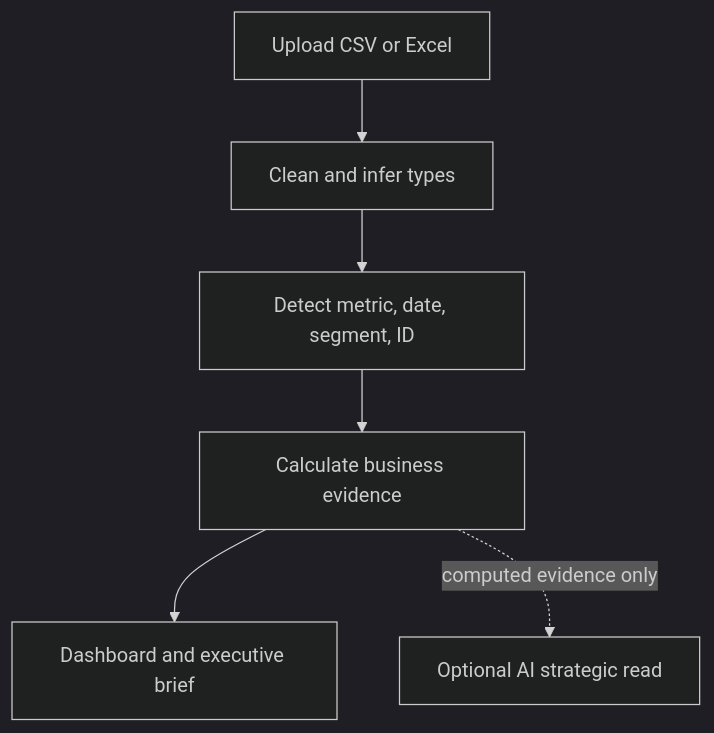
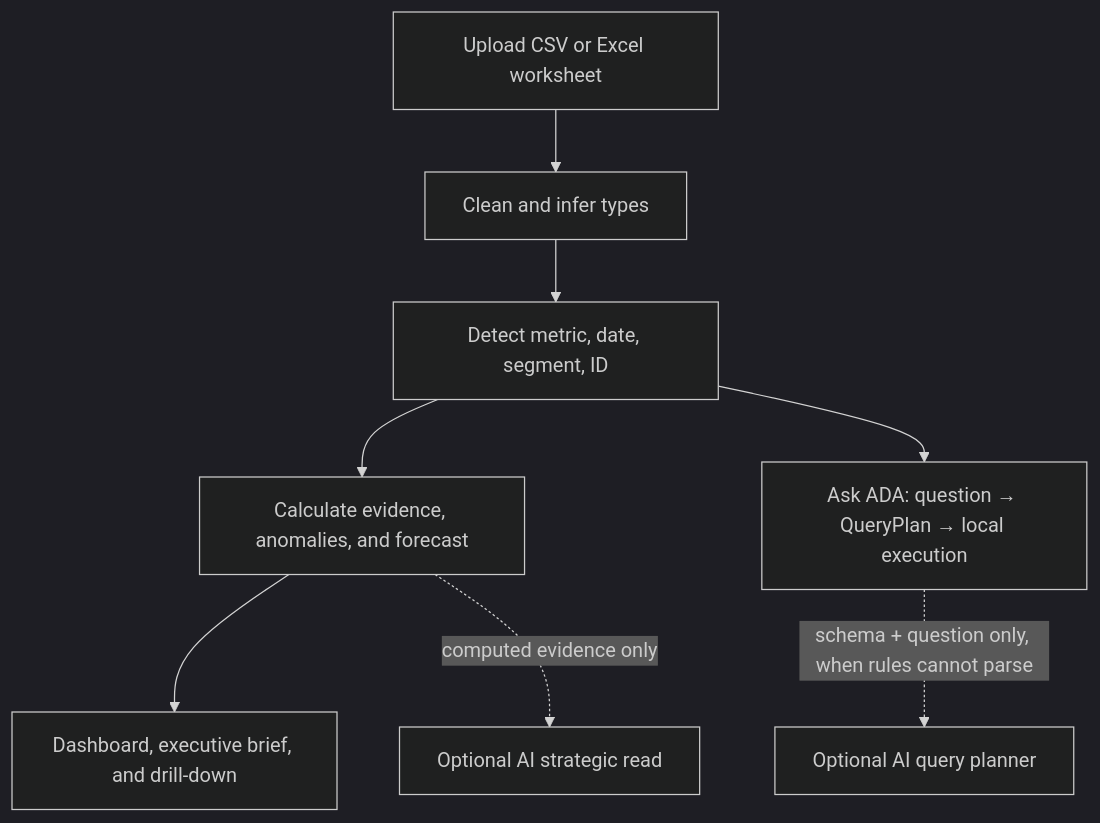
Before and after one commit to saineshnakra/automated-data-analyst: the diagram in README.md, drawn with Mermaid (dark theme). The commit also changed other lines of this file and 2 other files, not shown here.

````diff
--- a/README.md
+++ b/README.md
@@ -33,8 +34,10 @@
 ```mermaid
 flowchart TD
-    A["Upload CSV or Excel"] --> B["Clean and infer types"]
+    A["Upload CSV or Excel worksheet"] --> B["Clean and infer types"]
     B --> C["Detect metric, date, segment, ID"]
-    C --> D["Calculate business evidence"]
-    D --> E["Dashboard and executive brief"]
+    C --> D["Calculate evidence, anomalies, and forecast"]
+    D --> E["Dashboard, executive brief, and drill-down"]
+    C --> G["Ask ADA: question → QueryPlan → local execution"]
+    G -. "schema + question only, when rules cannot parse" .-> H["Optional AI query planner"]
     D -. "computed evidence only" .-> F["Optional AI strategic read"]
 ```
````
